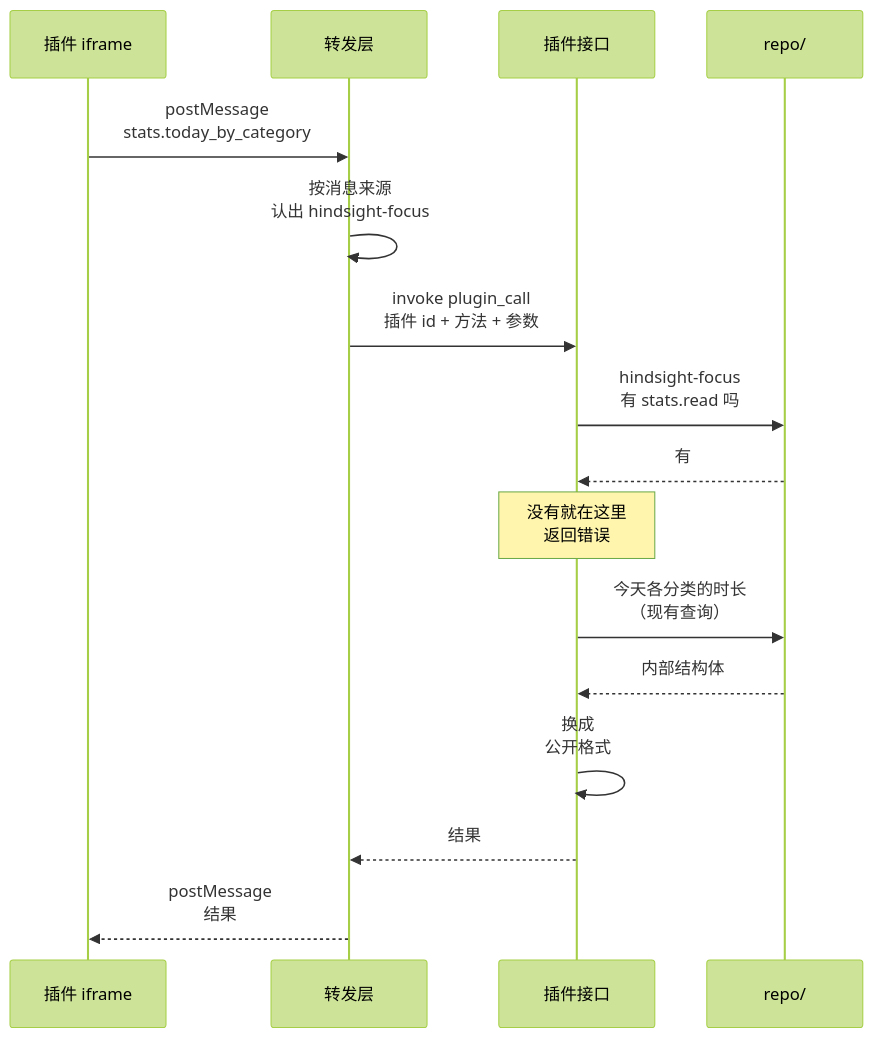
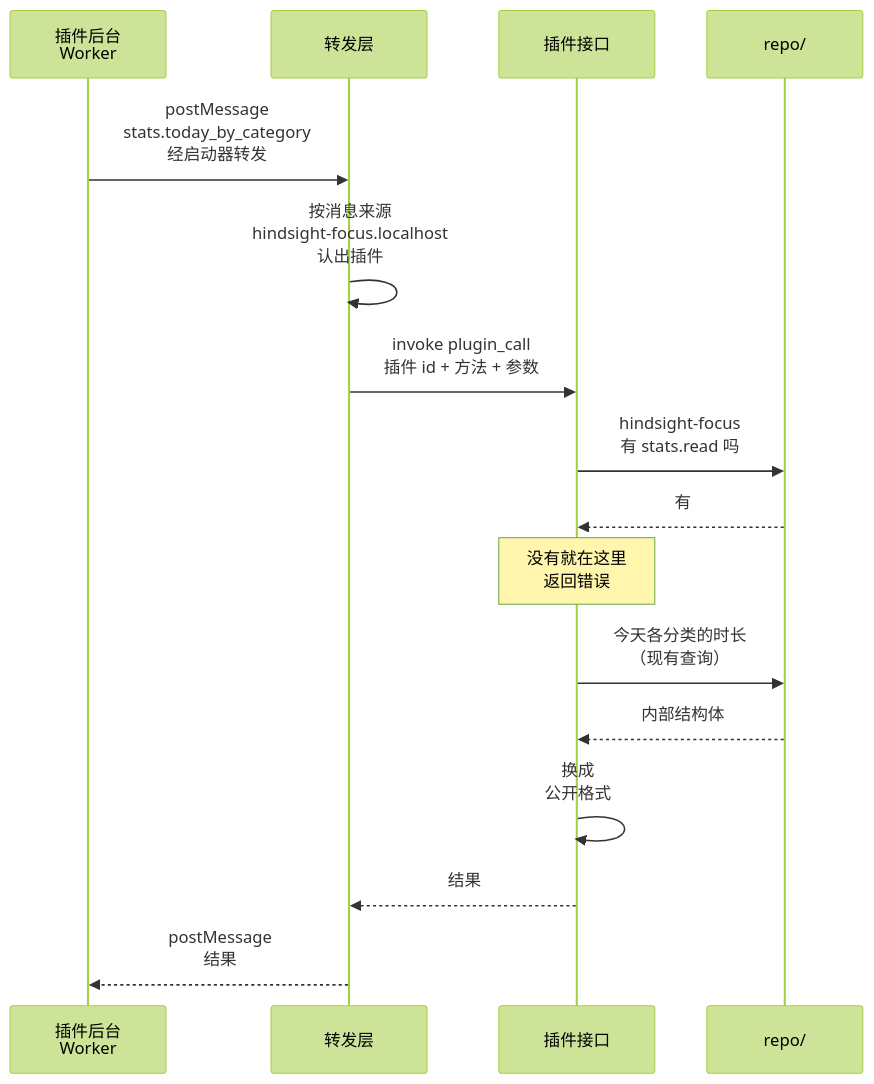
The diagram in docs/design/plugins/zh/api.md (Tomotsugu-dev/Hindsight), drawn with Mermaid (forest theme) before and after one commit. The commit also changed 7 other files, not shown here.

````diff
--- a/docs/design/plugins/zh/api.md
+++ b/docs/design/plugins/zh/api.md
@@ -13,18 +13,18 @@
 ```mermaid
 sequenceDiagram
-  participant P as 插件 iframe
+  participant P as 插件后台<br/>Worker
   participant B as 转发层
   participant A as 插件接口
   participant R as repo/
-  P->>B: postMessage<br/>stats.today_by_category
-  B->>B: 按消息来源<br/>认出 hindsight-focus
+  P->>B: postMessage<br/>stats.today_by_category<br/>经启动器转发
+  B->>B: 按消息来源<br/>hindsight-focus.localhost<br/>认出插件
   B->>A: invoke plugin_call<br/>插件 id + 方法 + 参数
   A->>R: hindsight-focus<br/>有 stats.read 吗
   R-->>A: 有
   Note over A: 没有就在这里<br/>返回错误
   A->>R: 今天各分类的时长<br/>（现有查询）
   R-->>A: 内部结构体
   A->>A: 换成<br/>公开格式
   A-->>B: 结果
   B-->>P: postMessage<br/>结果
 ```
````
